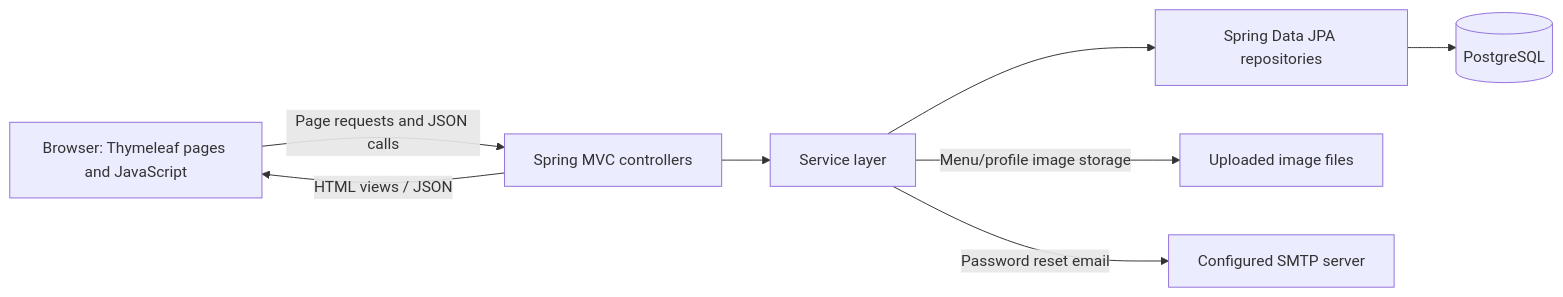
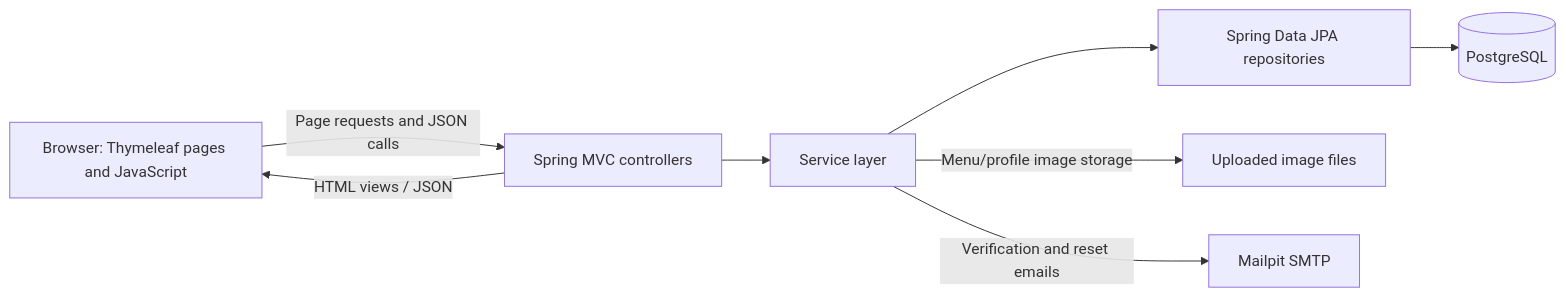
The first of 3 diagrams in README.md (Group3-CPUT-PRT262s/cafeteria-system), drawn with Mermaid before and after one commit. The commit also changed other lines of this file and 51 other files, not shown here.

````diff
--- a/README.md
+++ b/README.md
@@ -136,18 +145,18 @@
 ```mermaid
 flowchart LR
     Browser[Browser: Thymeleaf pages and JavaScript]
     MVC[Spring MVC controllers]
     Services[Service layer]
     Repositories[Spring Data JPA repositories]
     Database[(PostgreSQL)]
     Uploads[Uploaded image files]
-    SMTP[Configured SMTP server]
+    Mailpit[Mailpit SMTP]
 
     Browser -->|Page requests and JSON calls| MVC
     MVC -->|HTML views / JSON| Browser
     MVC --> Services
     Services --> Repositories
     Repositories --> Database
     Services -->|Menu/profile image storage| Uploads
-    Services -->|Password reset email| SMTP
+    Services -->|Verification and reset emails| Mailpit
 ```
````
